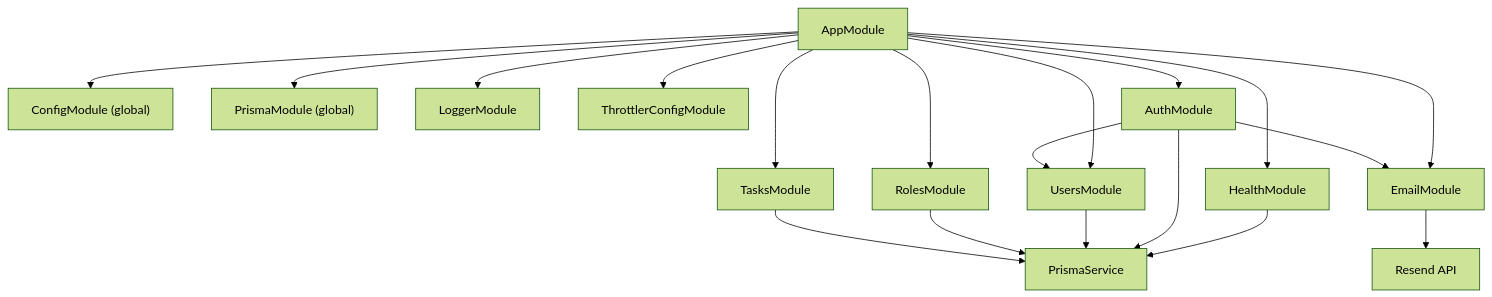
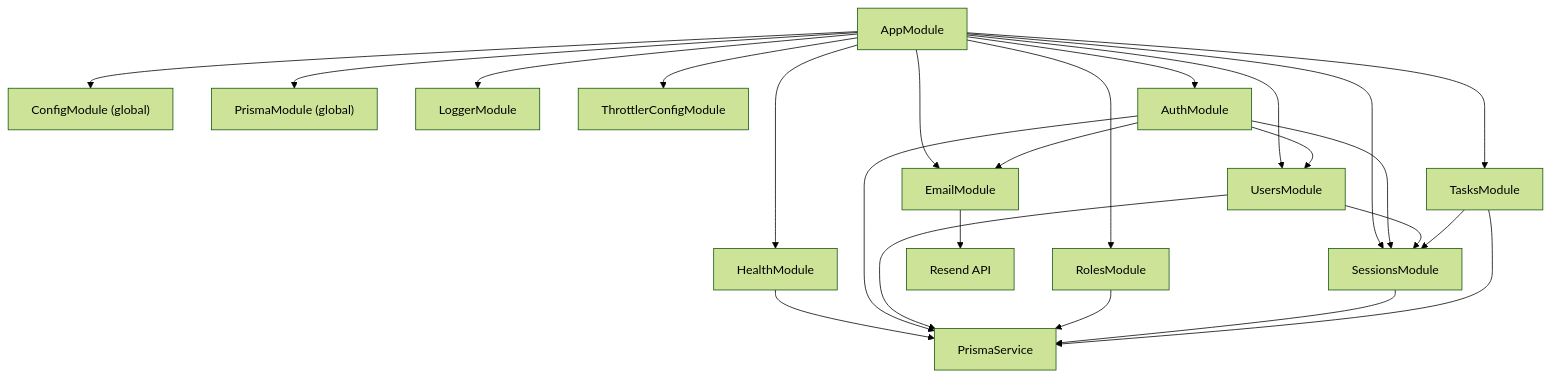
One commit to David-Corona/backend-base changed the diagram in README.md. Above: the diagram before and after it, drawn with Mermaid (forest theme). The commit also changed other lines of this file and 39 other files, not shown here.

Commit message:
Implemented sessions module + refactored logger

````diff
--- a/README.md
+++ b/README.md
@@ -62,22 +62,27 @@
 ```mermaid
 graph TD
     AppModule --> ConfigModule["ConfigModule (global)"]
     AppModule --> PrismaModule["PrismaModule (global)"]
     AppModule --> LoggerModule["LoggerModule"]
     AppModule --> ThrottlerConfigModule["ThrottlerConfigModule"]
     AppModule --> HealthModule["HealthModule"]
     AppModule --> AuthModule["AuthModule"]
     AppModule --> UsersModule["UsersModule"]
     AppModule --> RolesModule["RolesModule"]
+    AppModule --> SessionsModule["SessionsModule"]
     AppModule --> EmailModule["EmailModule"]
     AppModule --> TasksModule["TasksModule"]
 
     HealthModule --> PrismaService["PrismaService"]
     AuthModule --> UsersModule
     AuthModule --> EmailModule
+    AuthModule --> SessionsModule
     AuthModule --> PrismaService
     UsersModule --> PrismaService
+    UsersModule --> SessionsModule
     RolesModule --> PrismaService
+    SessionsModule --> PrismaService
     EmailModule --> Resend["Resend API"]
     TasksModule --> PrismaService
+    TasksModule --> SessionsModule
 ```
````
